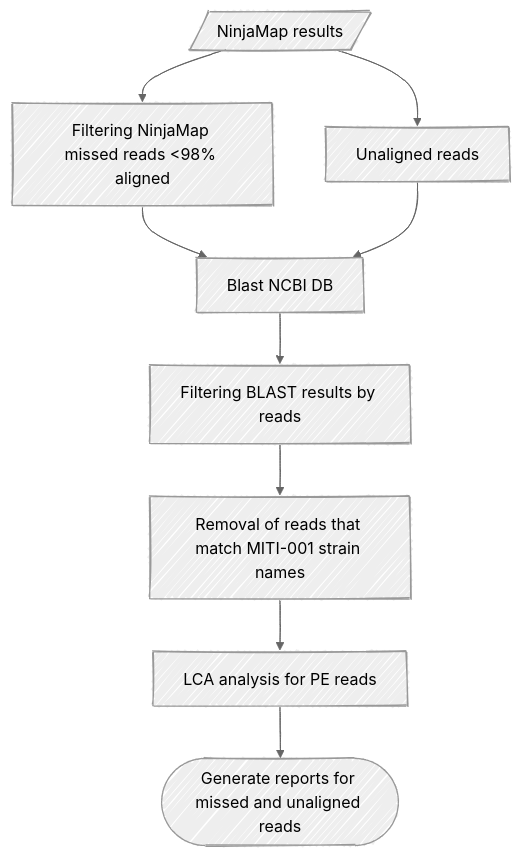
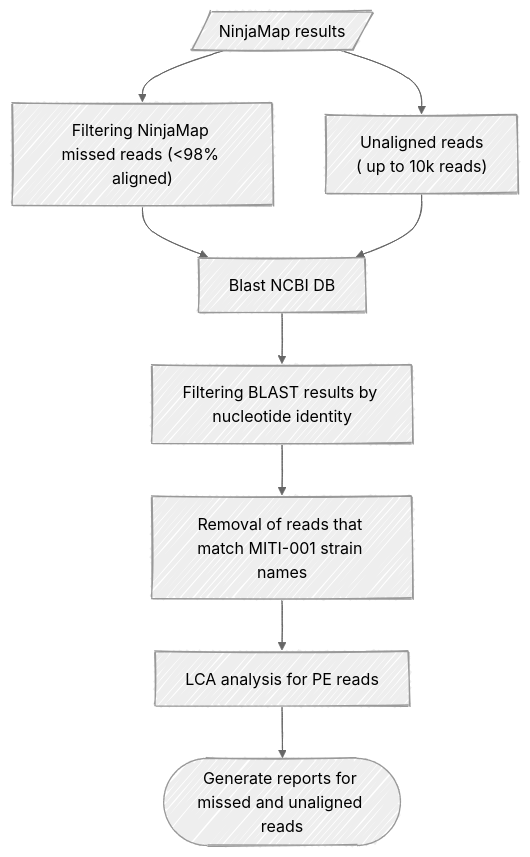
One commit to FischbachLab/nf-dsqc changed the diagram in workflow.md. Above: the diagram before and after it, drawn with Mermaid. The commit also changed 1 other file, not shown here.

Commit message:
Updated the workflow

````diff
--- a/workflow.md
+++ b/workflow.md
@@ -3,18 +3,19 @@
 ```mermaid
 ---
 config:
   layout:
   look: handDrawn
   theme: neutral
   
 ---
 flowchart TD
-    reads[/NinjaMap results/]-->filter[Filtering NinjaMap missed reads <98% aligned]
-    reads[/NinjaMap results/]-->unaligned[Unaligned reads]
+    reads[/NinjaMap results/]-->filter["Filtering NinjaMap missed reads (<98% aligned)"]
+    reads[/NinjaMap results/]-->unaligned["Unaligned reads 
+    ( up to 10k reads)"]
     filter --> BLAST[Blast NCBI DB]
     unaligned --> BLAST[Blast NCBI DB]
-    BLAST --> Bfiltering[Filtering BLAST results by reads]
+    BLAST --> Bfiltering[Filtering BLAST results by nucleotide identity]
     Bfiltering --> Mfiltering[Removal of reads that match MITI-001 strain names]
     Mfiltering --> LCA[LCA analysis for PE reads]
     LCA --> R([Generate reports for missed and unaligned reads])
 ```
````
